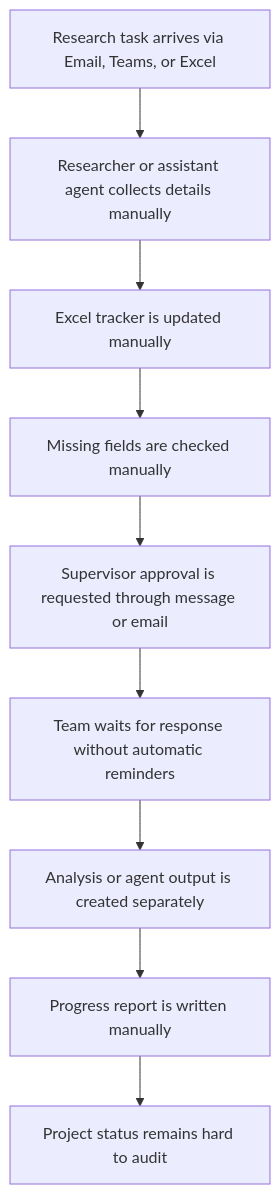
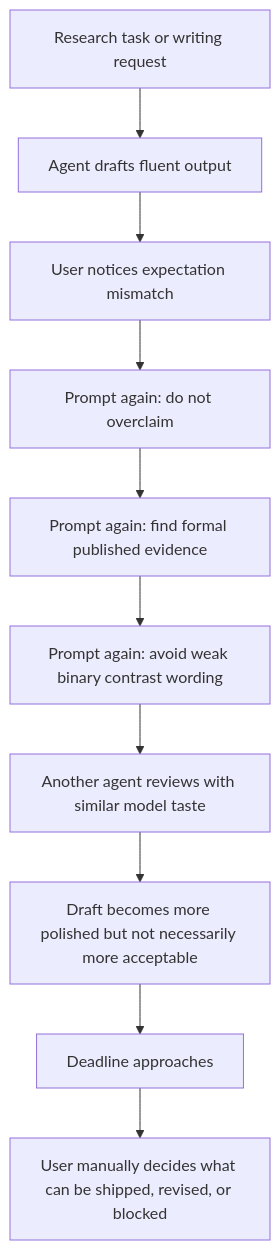
The diagram in docs/as_is_process.md (RachelNongyingLi/research-process-automation-demo-clean), drawn with Mermaid before and after one commit. The commit also changed other lines of this file and 14 other files, not shown here.

Commit message:
Refocus workflow on research agent quality gates

````diff
--- a/docs/as_is_process.md
+++ b/docs/as_is_process.md
@@ -5,11 +5,12 @@
 ```mermaid
 flowchart TD
-  A["Research task arrives via Email, Teams, or Excel"] --> B["Researcher or assistant agent collects details manually"]
-  B --> C["Excel tracker is updated manually"]
-  C --> D["Missing fields are checked manually"]
-  D --> E["Supervisor approval is requested through message or email"]
-  E --> F["Team waits for response without automatic reminders"]
-  F --> G["Analysis or agent output is created separately"]
-  G --> H["Progress report is written manually"]
-  H --> I["Project status remains hard to audit"]
+  A["Research task or writing request"] --> B["Agent drafts fluent output"]
+  B --> C["User notices expectation mismatch"]
+  C --> D["Prompt again: do not overclaim"]
+  D --> E["Prompt again: find formal published evidence"]
+  E --> F["Prompt again: avoid weak binary contrast wording"]
+  F --> G["Another agent reviews with similar model taste"]
+  G --> H["Draft becomes more polished but not necessarily more acceptable"]
+  H --> I["Deadline approaches"]
+  I --> J["User manually decides what can be shipped, revised, or blocked"]
 ```
````
